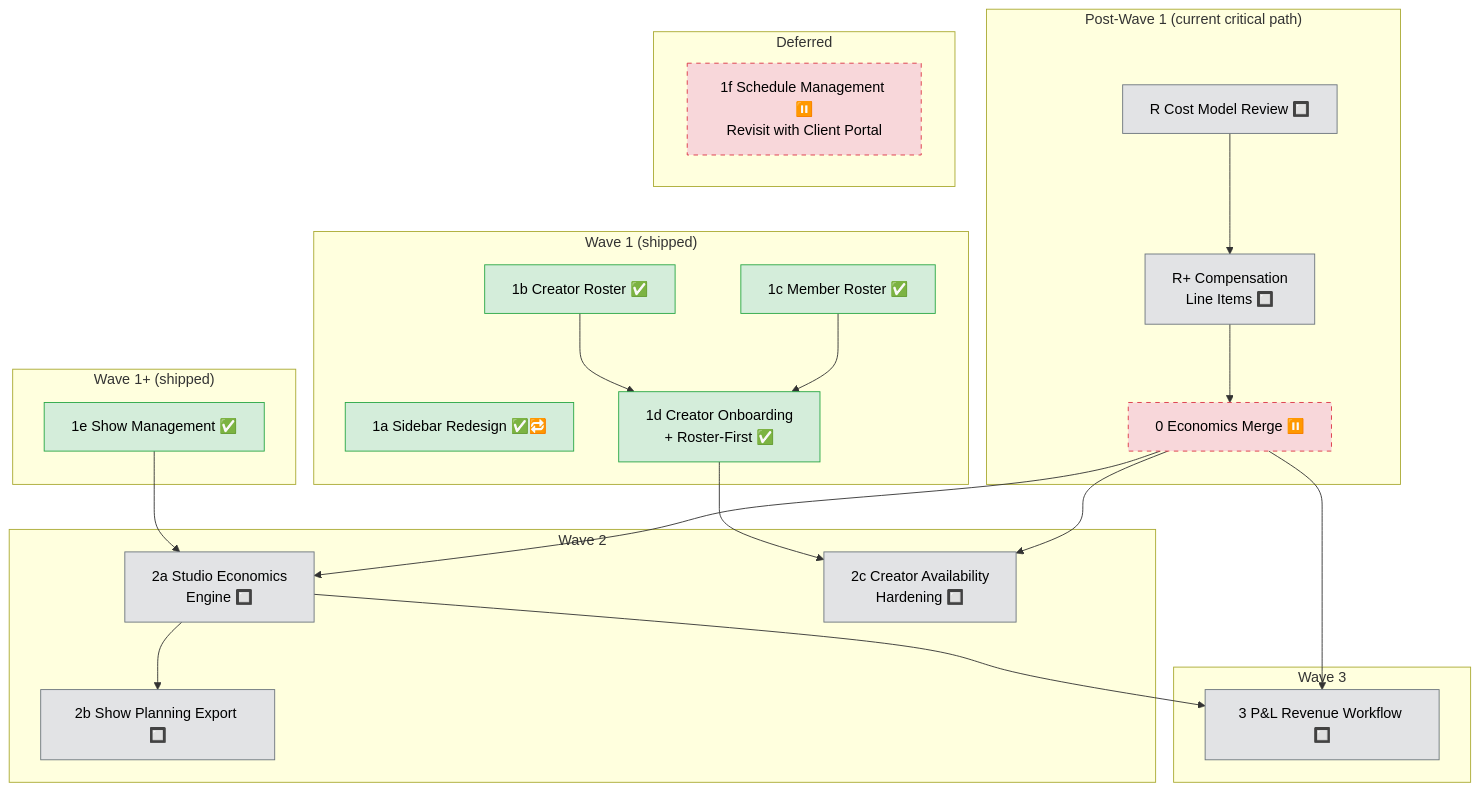
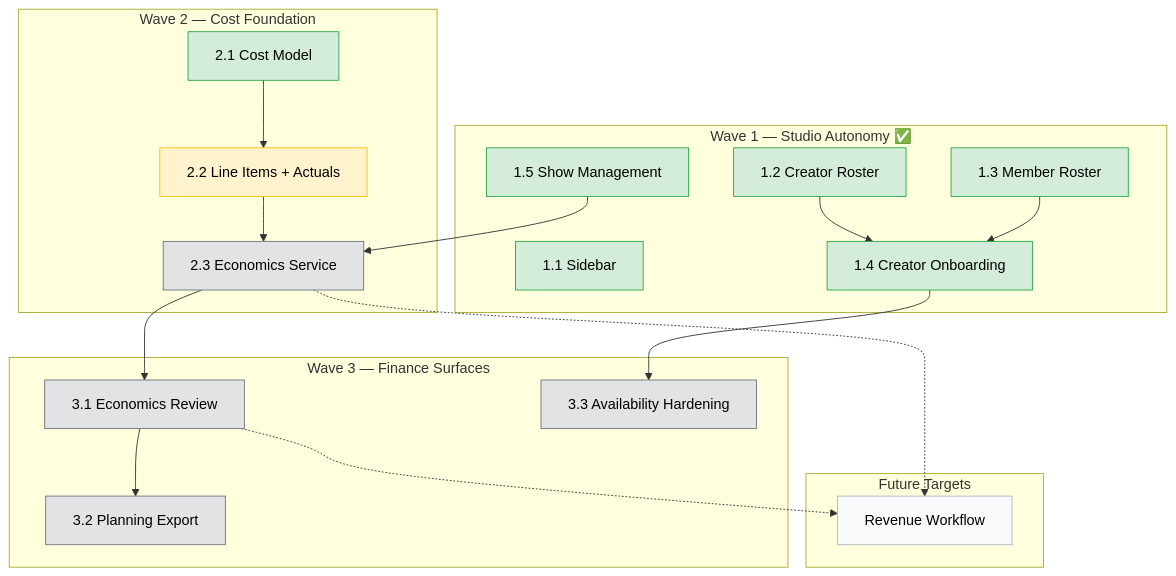
The diagram in docs/roadmap/PHASE_4.md (allenlin90/eridu-services), drawn with Mermaid before and after one commit. The commit also changed other lines of this file and 35 other files, not shown here.

````diff
--- a/docs/roadmap/PHASE_4.md
+++ b/docs/roadmap/PHASE_4.md
@@ -58,55 +65,46 @@
 ```mermaid
 flowchart TD
-    subgraph wave1["Wave 1 (shipped)"]
-        1a["1a Sidebar Redesign ✅🔁"]
-        1b["1b Creator Roster ✅"]
-        1c["1c Member Roster ✅"]
-        1d["1d Creator Onboarding\n+ Roster-First ✅"]
+    subgraph wave1["Wave 1 — Studio Autonomy ✅"]
+        W1_1["1.1 Sidebar"]
+        W1_2["1.2 Creator Roster"]
+        W1_3["1.3 Member Roster"]
+        W1_4["1.4 Creator Onboarding"]
+        W1_5["1.5 Show Management"]
     end
 
-    subgraph wave1plus["Wave 1+ (shipped)"]
-        1e["1e Show Management ✅"]
+    subgraph wave2["Wave 2 — Cost Foundation"]
+        W2_1["2.1 Cost Model"]
+        W2_2["2.2 Line Items + Actuals"]
+        W2_3["2.3 Economics Service"]
     end
 
-    subgraph postwave1["Post-Wave 1 (current critical path)"]
-        R["R Cost Model Review 🔲"]
-        Rplus["R+ Compensation\nLine Items 🔲"]
-        E0["0 Economics Merge ⏸️"]
+    subgraph wave3["Wave 3 — Finance Surfaces"]
+        W3_1["3.1 Economics Review"]
+        W3_2["3.2 Planning Export"]
+        W3_3["3.3 Availability Hardening"]
     end
 
-    subgraph wave2["Wave 2"]
-        2a["2a Studio Economics\nEngine 🔲"]
-        2b["2b Show Planning Export 🔲"]
-        2c["2c Creator Availability\nHardening 🔲"]
+    subgraph future["Future Targets"]
+        W4_1["Revenue Workflow"]
     end
 
-    subgraph wave3["Wave 3"]
-        W3["3 P&L Revenue Workflow 🔲"]
-    end
+    W1_2 --> W1_4
+    W1_3 --> W1_4
+    W1_5 --> W2_3
+    W2_1 --> W2_2 --> W2_3
+    W2_3 --> W3_1
+    W3_1 --> W3_2
+    W1_4 --> W3_3
+    W2_3 -.-> W4_1
+    W3_1 -.-> W4_1
 
-    subgraph deferred["Deferred"]
-        1f["1f Schedule Management ⏸️\nRevisit with Client Portal"]
-    end
+    classDef done fill:#d4edda,stroke:#28a745,color:#000
+    classDef active fill:#fff3cd,stroke:#ffc107,color:#000
+    classDef planned fill:#e2e3e5,stroke:#6c757d,color:#000
+    classDef future fill:#f8f9fa,stroke:#adb5bd,color:#000
 
-    %% Dependencies
-    1b --> 1d
-    1c --> 1d
-    1e --> 2a
-    R --> Rplus --> E0
-    E0 --> 2a
-    2a --> 2b
-    1d --> 2c
-    E0 --> 2c
-    E0 --> W3
-    2a --> W3
-
-    %% Styling
-    classDef done fill:#d4edda,stroke:#28a745,color:#000
-    classDef next fill:#fff3cd,stroke:#ffc107,color:#000
-    classDef planned fill:#e2e3e5,stroke:#6c757d,color:#000
-    classDef deferredStyle fill:#f8d7da,stroke:#dc3545,color:#000,stroke-dasharray: 5 5
-
-    class 1a,1b,1c,1d,1e done
-    class R,Rplus,2a,2b,2c,W3 planned
-    class E0,1f deferredStyle
+    class W1_1,W1_2,W1_3,W1_4,W1_5,W2_1 done
+    class W2_2 active
+    class W2_3,W3_1,W3_2,W3_3 planned
+    class W4_1 future
 ```
````
